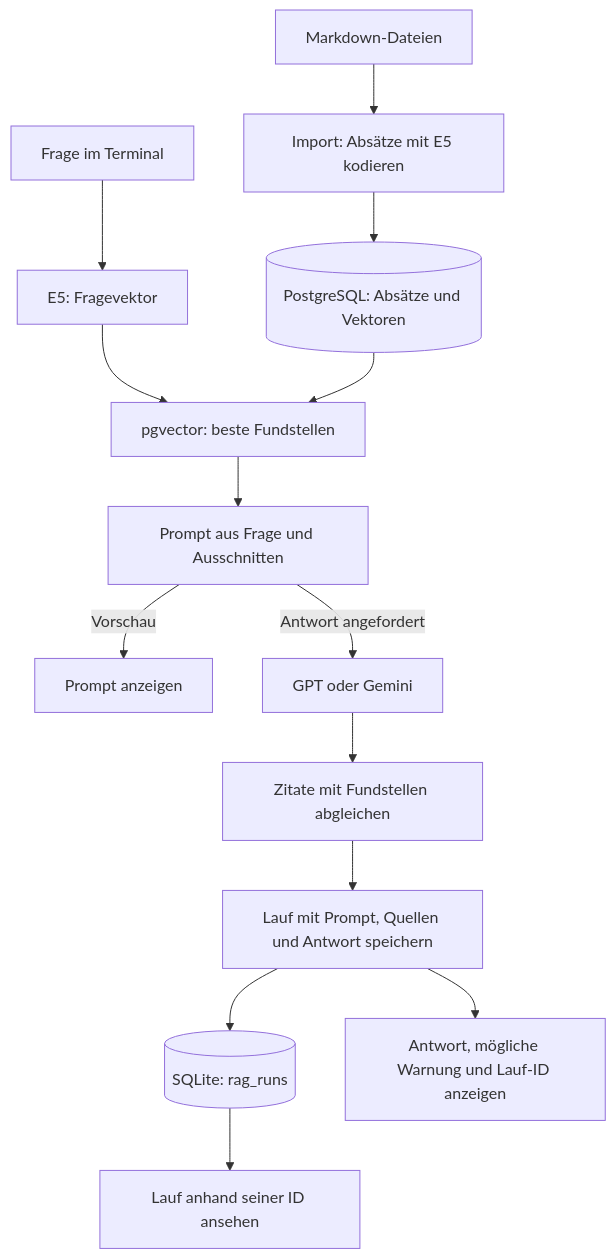
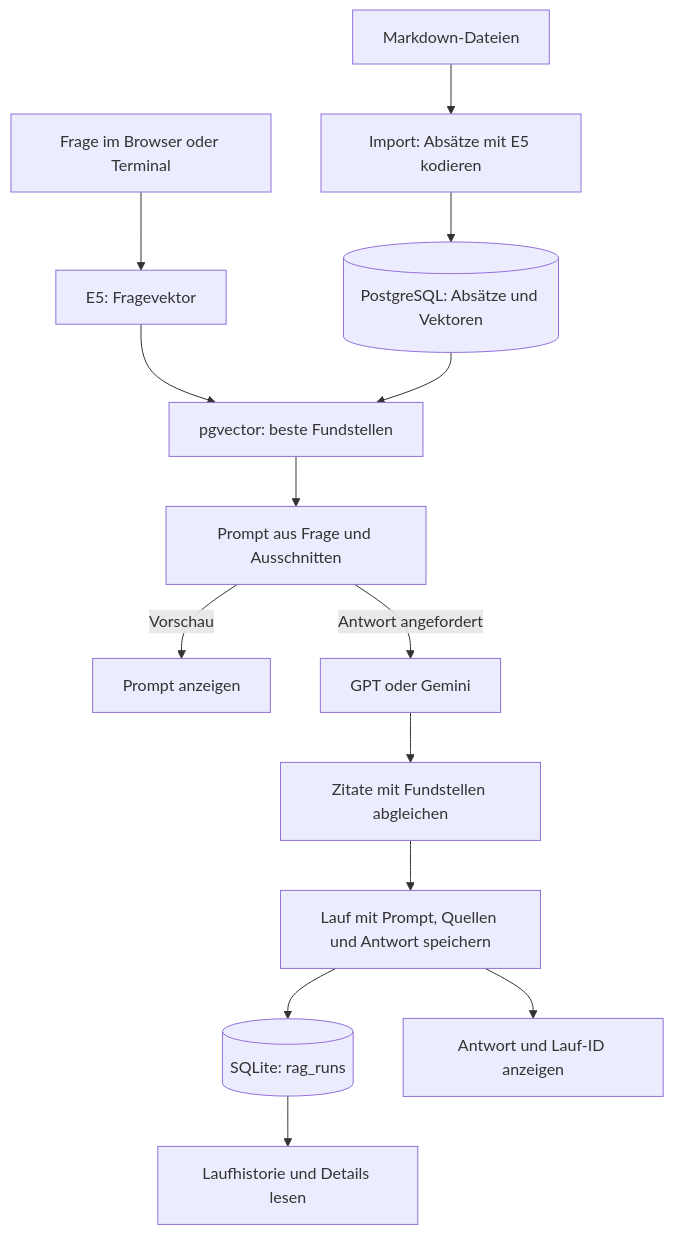
One commit to DanielMS616/cosi-lab changed the diagram in README.md. Above: the diagram before and after it, drawn with Mermaid. The commit also changed other lines of this file, not shown here.

Commit message:
docs: Browserstart und RAG-Prüflauf dokumentieren

````diff
--- a/README.md
+++ b/README.md
@@ -11,16 +11,16 @@
 ```mermaid
 flowchart TB
     MD["Markdown-Dateien"] --> IMPORT["Import: Absätze mit E5 kodieren"]
     IMPORT --> PG[("PostgreSQL: Absätze und Vektoren")]
-    Q["Frage im Terminal"] --> E5["E5: Fragevektor"]
+    Q["Frage im Browser oder Terminal"] --> E5["E5: Fragevektor"]
     E5 --> SEARCH["pgvector: beste Fundstellen"]
     PG --> SEARCH
     SEARCH --> PROMPT["Prompt aus Frage und Ausschnitten"]
     PROMPT -->|Vorschau| VIEW["Prompt anzeigen"]
     PROMPT -->|Antwort angefordert| MODEL["GPT oder Gemini"]
     MODEL --> CHECK["Zitate mit Fundstellen abgleichen"]
     CHECK --> SAVE["Lauf mit Prompt, Quellen und Antwort speichern"]
     SAVE --> RUN[("SQLite: rag_runs")]
-    SAVE --> CLI["Antwort, mögliche Warnung und Lauf-ID anzeigen"]
-    RUN --> REPLAY["Lauf anhand seiner ID ansehen"]
+    SAVE --> AUSGABE["Antwort und Lauf-ID anzeigen"]
+    RUN --> REPLAY["Laufhistorie und Details lesen"]
 ```
````
